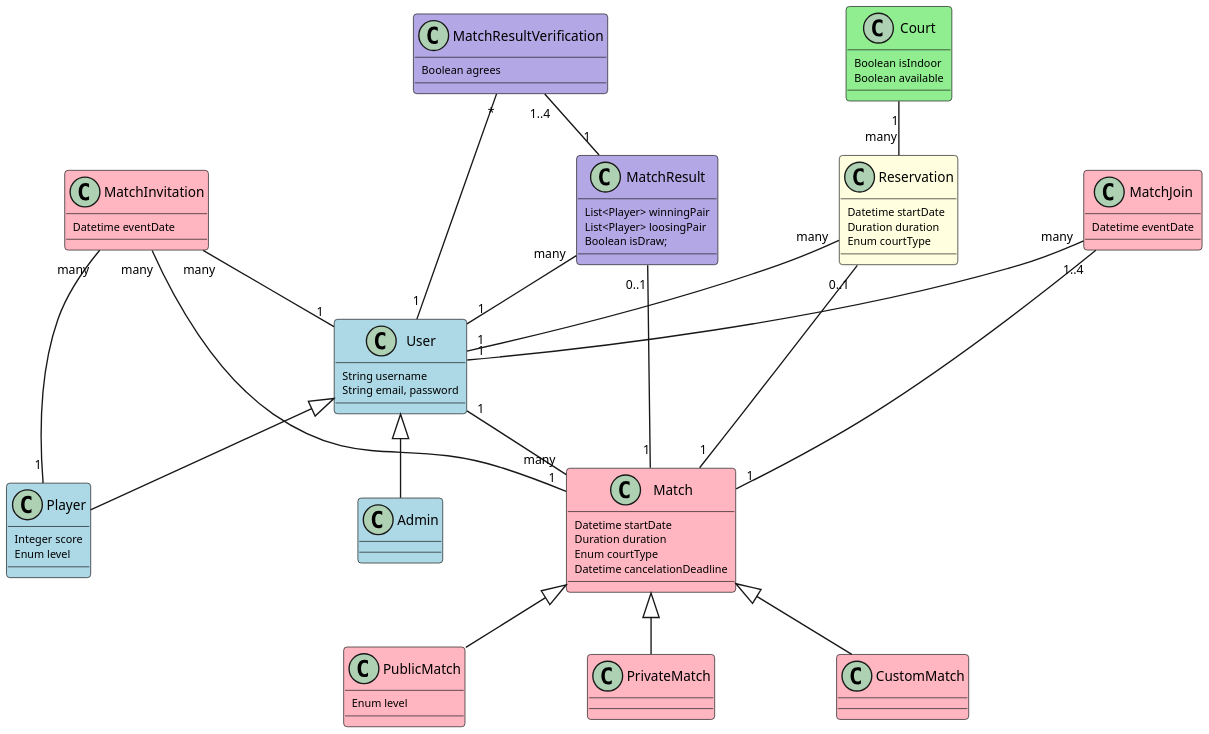
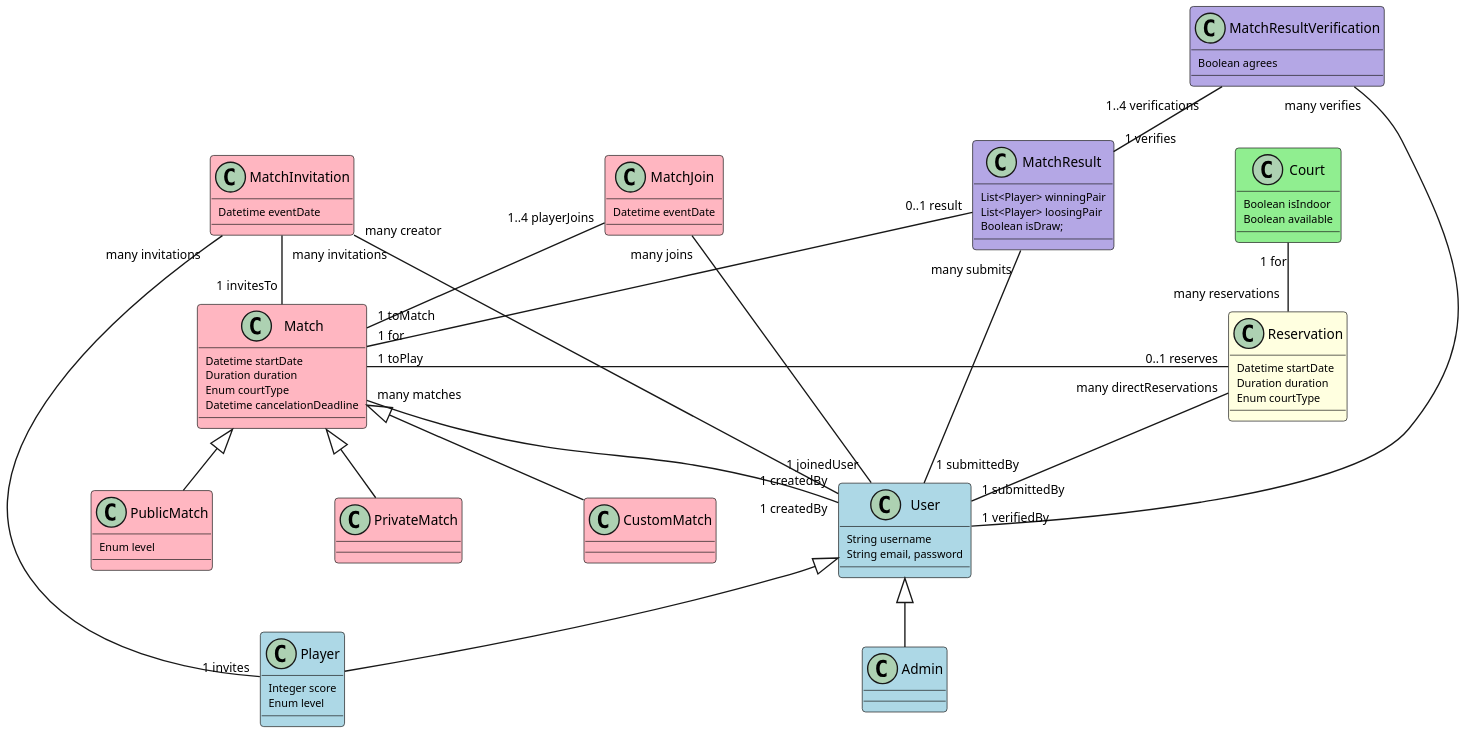
The diagram in entity-model.puml (UdL-EPS-SoftArch/mypadel-api), drawn with PlantUML before and after one commit.

Commit message:
Entity model relations names

```diff
--- a/entity-model.puml
+++ b/entity-model.puml
@@ -4,92 +4,92 @@
 @startuml
 skinparam dpi 200
 skinparam classAttributeFontSize 8
 skinparam classArrowFontSize 9
 skinparam classFontSize 10
 skinparam nodesep 90
 skinparam ranksep 40
 hide stereotype
 skinparam class {
 	BackgroundColor White
 	BackgroundColor<<Match>> LightPink
 	BackgroundColor<<MatchResult>> #B4A7E5
 	BackgroundColor<<User>> LightBlue
 	BackgroundColor<<Court>> LightGreen
 	BackgroundColor<<Reservation>> LightYellow
 }
 
 class User <<User>> {
     String username
     String email, password
 }
-User "1" -- "many" Match
+User "1 createdBy" -- "many matches" Match
 
 
 
 class Admin <<User>> extends User {
 }
 
 class Player <<User>> extends User {
     Integer score
     Enum level
 }
 
 class Match <<Match>> {
     Datetime startDate
     Duration duration
     Enum courtType
     Datetime cancelationDeadline
 }
 
 class PublicMatch <<Match>> extends Match {
     Enum level
 }
 
 class PrivateMatch <<Match>> extends Match {
 }
 
 class CustomMatch <<Match>> extends Match {
 }
 
 class MatchJoin <<Match>> {
     Datetime eventDate
 }
-MatchJoin "many" -- "1" User
-MatchJoin "1..4" -- "1" Match
+MatchJoin "many joins" -- "1 joinedUser" User
+MatchJoin "1..4 playerJoins" -- "1 toMatch" Match
 
 class MatchInvitation <<Match>> {
     Datetime eventDate
 }
-MatchInvitation "many" -- "1" User
-MatchInvitation "many" -- "1" Player
-MatchInvitation "many" -- "1" Match
+MatchInvitation "many creator" -- "1 createdBy" User
+MatchInvitation "many invitations" -- "1 invites" Player
+MatchInvitation "many invitations" -- "1 invitesTo" Match
 
 class MatchResult <<MatchResult>> {
     List<Player> winningPair
     List<Player> loosingPair
     Boolean isDraw;
 }
-MatchResult "many" -- "1" User
-MatchResult "0..1" -- "1" Match
+MatchResult "many submits" -- "1 submittedBy" User
+MatchResult "0..1 result" -- "1 for" Match
 
 class MatchResultVerification <<MatchResult>> {
     Boolean agrees
 }
-MatchResultVerification "*" -- "1" User
-MatchResultVerification "1..4" -- "1" MatchResult
+MatchResultVerification "many verifies" -- "1 verifiedBy" User
+MatchResultVerification "1..4 verifications" -- "1 verifies" MatchResult
 
 class Reservation <<Reservation>> {
     Datetime startDate
     Duration duration
     Enum courtType
 }
-Reservation "0..1" -- "1" Match
-Reservation "many" -- "1" User
+Reservation "0..1 reserves" -left- "1 toPlay" Match
+Reservation "many directReservations" -- "1 submittedBy" User
 
 class Court <<Court>> {
     Boolean isIndoor
     Boolean available
 }
-Court "1" -- "many" Reservation
+Court "1 for" -- "many reservations" Reservation
 
 @enduml
```
